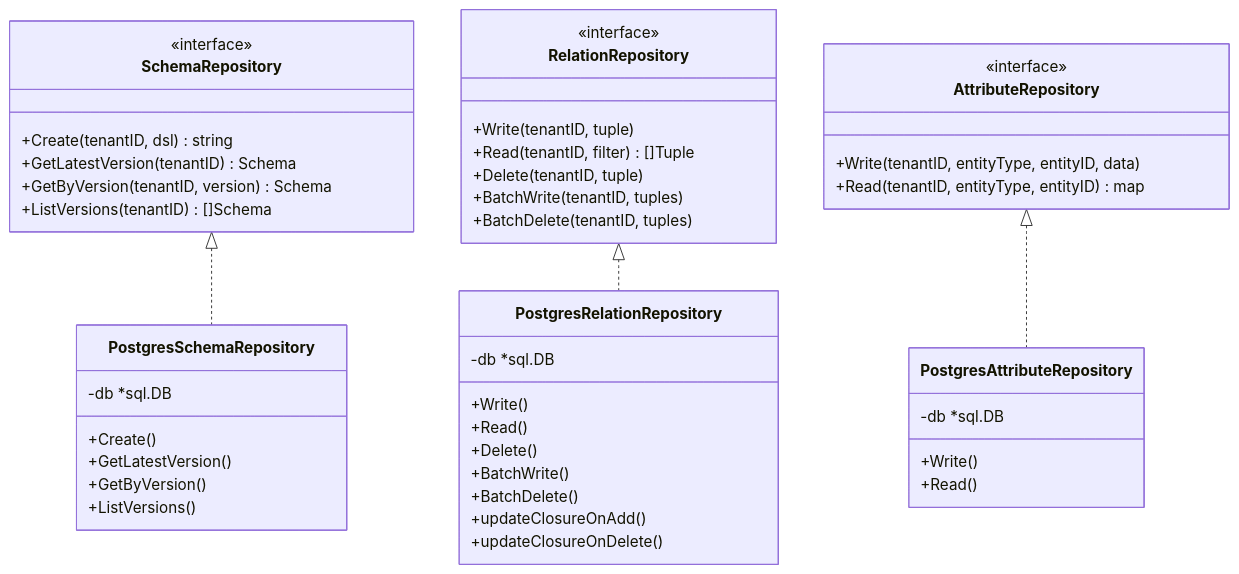
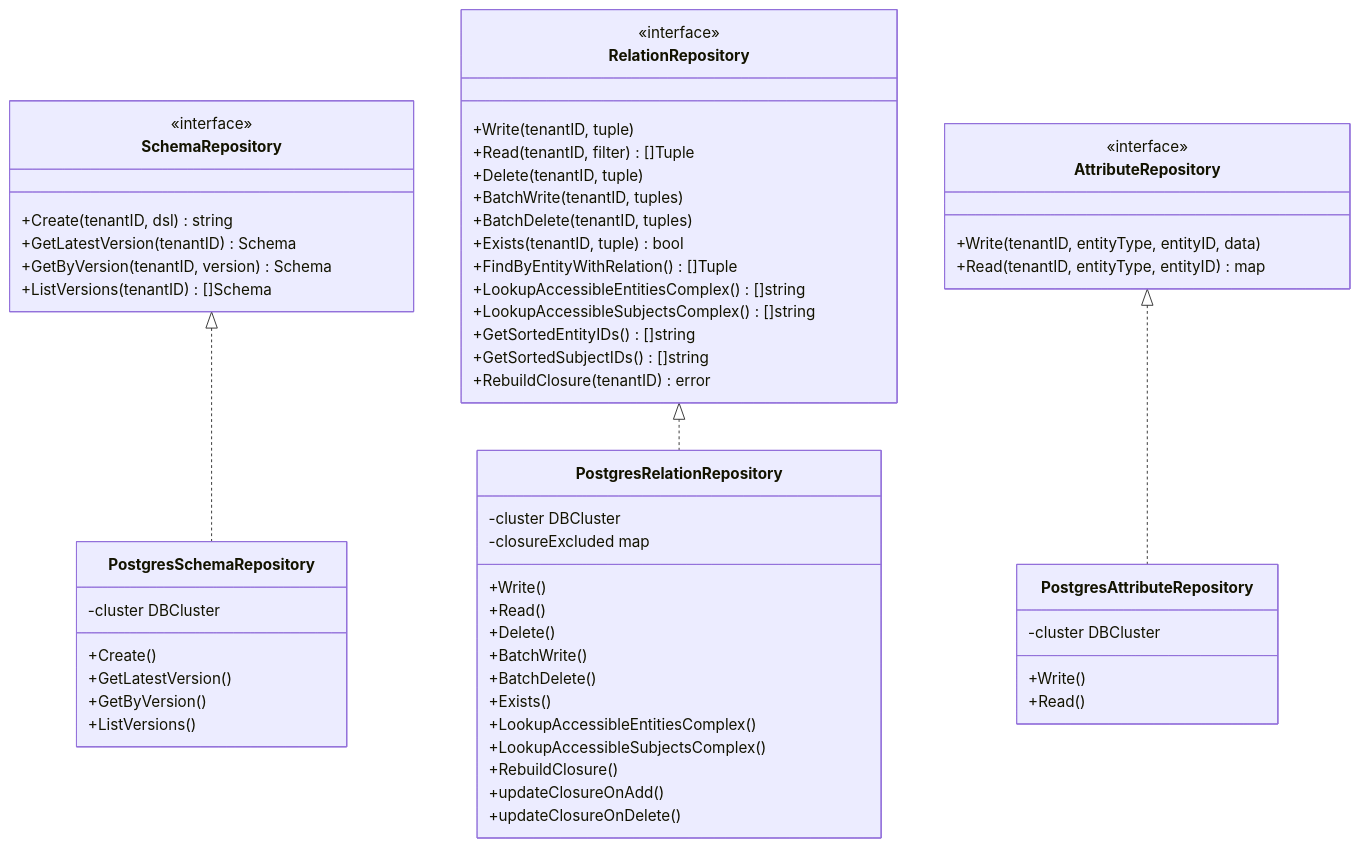
Diagram 14 of 15 in docs/ARCHITECTURE.md (asakaida/keruberosu), drawn with Mermaid before and after one commit. The commit also changed other lines of this file and 3 other files, not shown here.

````diff
--- a/docs/ARCHITECTURE.md
+++ b/docs/ARCHITECTURE.md
@@ -602,54 +730,66 @@
 ```mermaid
 classDiagram
     class SchemaRepository {
         <<interface>>
         +Create(tenantID, dsl) string
         +GetLatestVersion(tenantID) Schema
         +GetByVersion(tenantID, version) Schema
         +ListVersions(tenantID) []Schema
     }
 
     class RelationRepository {
         <<interface>>
         +Write(tenantID, tuple)
         +Read(tenantID, filter) []Tuple
         +Delete(tenantID, tuple)
         +BatchWrite(tenantID, tuples)
         +BatchDelete(tenantID, tuples)
+        +Exists(tenantID, tuple) bool
+        +FindByEntityWithRelation() []Tuple
+        +LookupAccessibleEntitiesComplex() []string
+        +LookupAccessibleSubjectsComplex() []string
+        +GetSortedEntityIDs() []string
+        +GetSortedSubjectIDs() []string
+        +RebuildClosure(tenantID) error
     }
 
     class AttributeRepository {
         <<interface>>
         +Write(tenantID, entityType, entityID, data)
         +Read(tenantID, entityType, entityID) map
     }
 
     class PostgresSchemaRepository {
         +Create()
         +GetLatestVersion()
         +GetByVersion()
         +ListVersions()
-        -db *sql.DB
+        -cluster DBCluster
     }
 
     class PostgresRelationRepository {
         +Write()
         +Read()
         +Delete()
         +BatchWrite()
         +BatchDelete()
+        +Exists()
+        +LookupAccessibleEntitiesComplex()
+        +LookupAccessibleSubjectsComplex()
+        +RebuildClosure()
         +updateClosureOnAdd()
         +updateClosureOnDelete()
-        -db *sql.DB
+        -cluster DBCluster
+        -closureExcluded map
     }
 
     class PostgresAttributeRepository {
         +Write()
         +Read()
-        -db *sql.DB
+        -cluster DBCluster
     }
 
     SchemaRepository <|.. PostgresSchemaRepository
     RelationRepository <|.. PostgresRelationRepository
     AttributeRepository <|.. PostgresAttributeRepository
 ```
````
